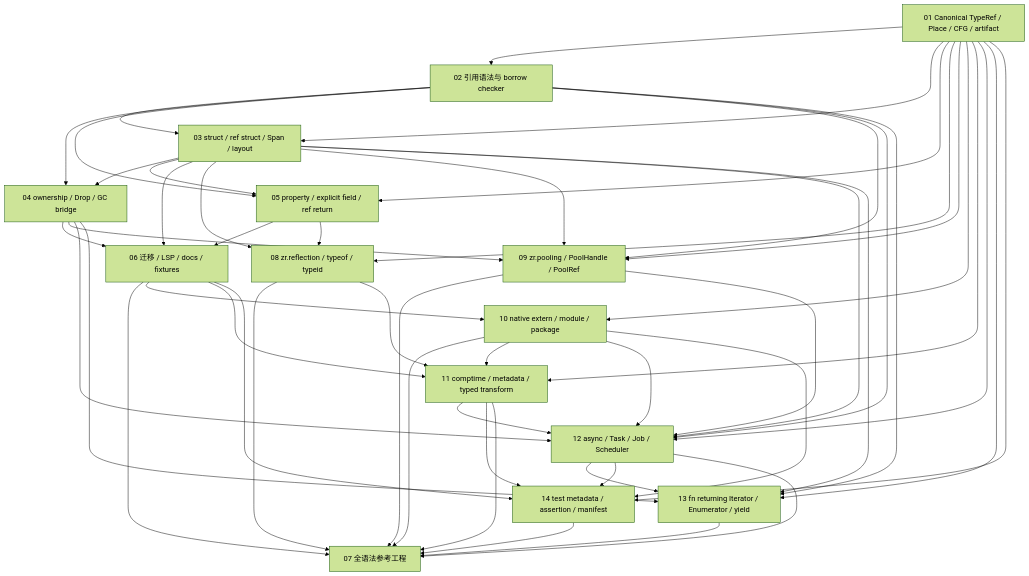
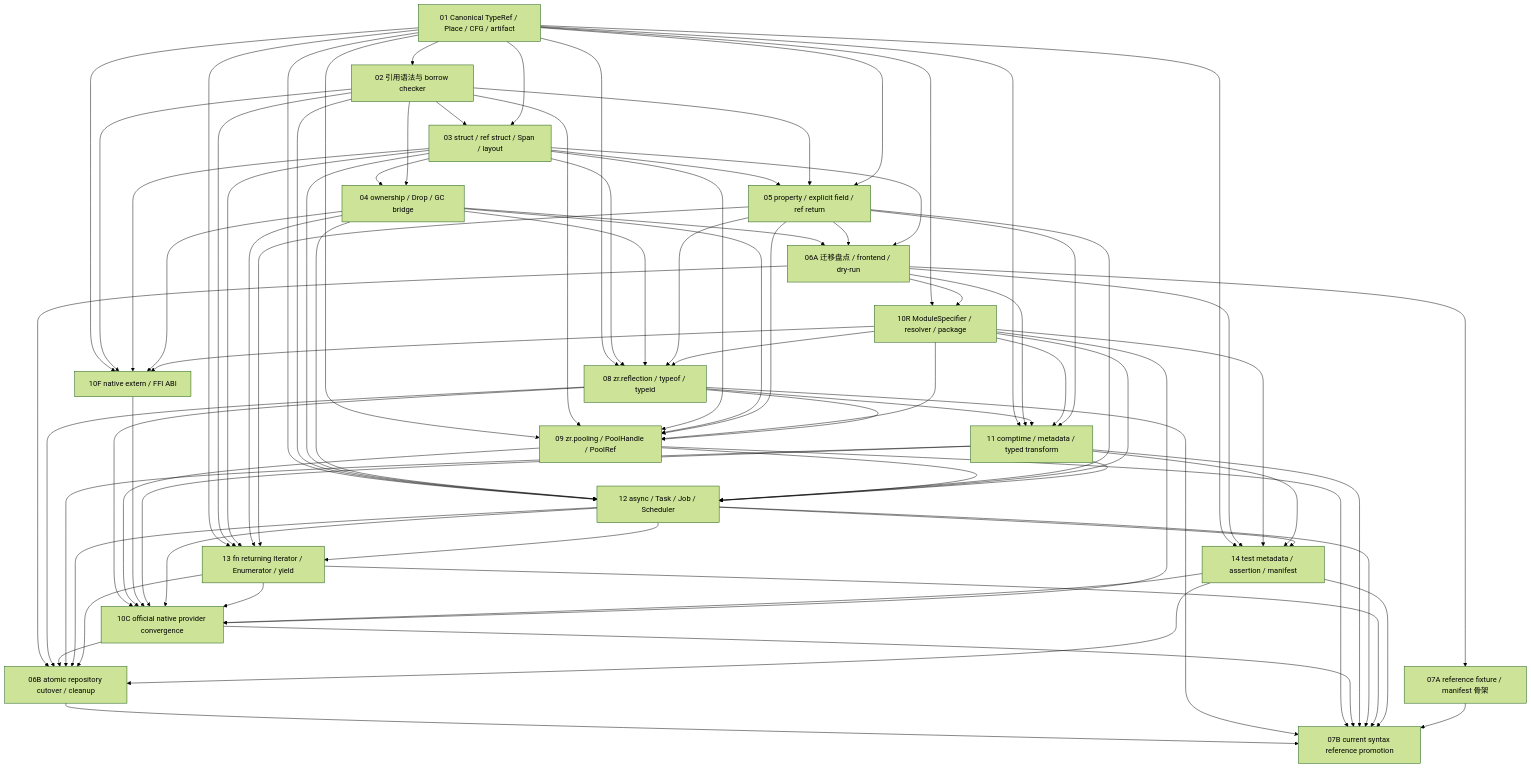
The diagram in docs/plans/syntax/README.md (He-Jiahui/zr_vm), drawn with Mermaid (forest theme) before and after one commit. The commit also changed other lines of this file and 95 other files, not shown here.

````diff
--- a/docs/plans/syntax/README.md
+++ b/docs/plans/syntax/README.md
@@ -32,52 +32,82 @@
 ```mermaid
 flowchart TD
     A["01 Canonical TypeRef / Place / CFG / artifact"] --> B["02 引用语法与 borrow checker"]
     B --> C["03 struct / ref struct / Span / layout"]
     A --> C
     C --> D["04 ownership / Drop / GC bridge"]
     B --> D
     C --> E["05 property / explicit field / ref return"]
     B --> E
     A --> E
-    D --> F["06 迁移 / LSP / docs / fixtures"]
+    D --> F["06A 迁移盘点 / frontend / dry-run"]
     E --> F
     C --> F
+    F --> S["07A reference fixture / manifest 骨架"]
+    A --> R["10R ModuleSpecifier / resolver / package"]
+    F --> R
     A --> H["08 zr.reflection / typeof / typeid"]
     C --> H
+    D --> H
     E --> H
     A --> I["09 zr.pooling / PoolHandle / PoolRef"]
     B --> I
     C --> I
     D --> I
-    F --> G["07 全语法参考工程"]
-    H --> G
-    I --> G
-    A --> J["10 native extern / module / package"]
-    F --> J
-    J --> G
+    E --> I
+    R --> H
+    R --> I
+    H --> I
+    A --> J["10F native extern / FFI ABI"]
+    B --> J
+    C --> J
+    D --> J
+    R --> J
     A --> K["11 comptime / metadata / typed transform"]
     F --> K
     H --> K
-    J --> K
+    R --> K
+    E --> K
     A --> L["12 async / Task / Job / Scheduler"]
     B --> L
     C --> L
     D --> L
+    E --> L
     I --> L
-    J --> L
+    R --> L
     K --> L
     A --> M["13 fn returning Iterator / Enumerator / yield"]
     B --> M
     C --> M
     D --> M
+    E --> M
     L --> M
     A --> N["14 test metadata / assertion / manifest"]
     F --> N
-    J --> N
+    R --> N
     K --> N
     L --> N
+    H --> Q["10C official native provider convergence"]
+    I --> Q
+    J --> Q
+    K --> Q
+    L --> Q
+    M --> Q
+    N --> Q
+    R --> Q
+    F --> P["06B atomic repository cutover / cleanup"]
+    H --> P
+    Q --> P
+    K --> P
+    L --> P
+    M --> P
+    N --> P
+    P --> G["07B current syntax reference promotion"]
+    H --> G
+    I --> G
+    Q --> G
     K --> G
     L --> G
     M --> G
     N --> G
+    S --> G
 ```
````
